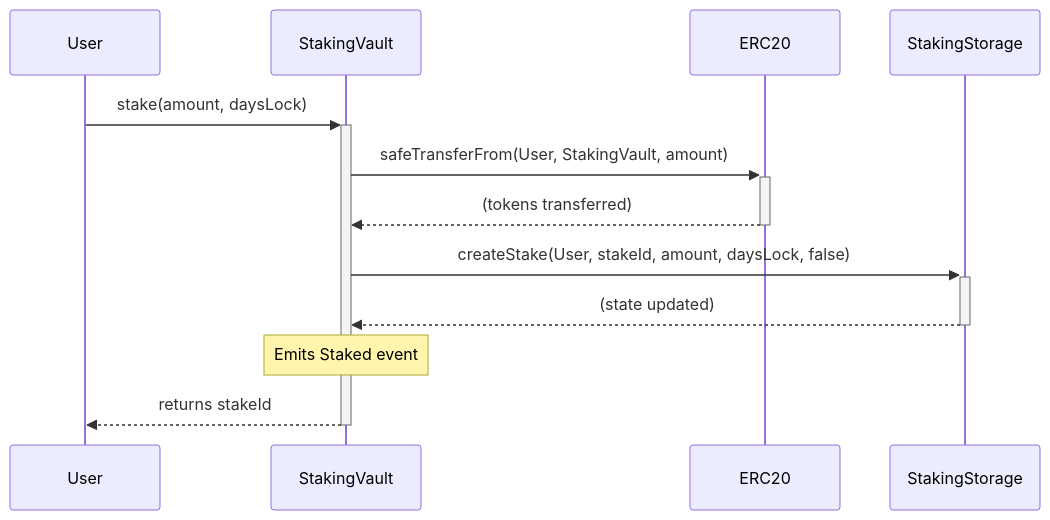
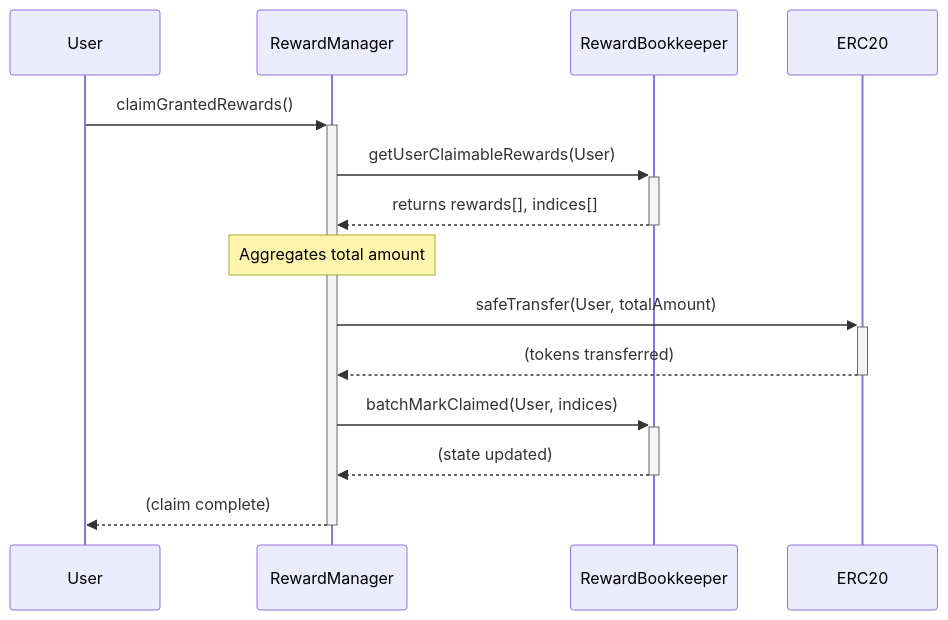
The first of 2 diagrams in docs/architecture_overview.md (Ai-Layer-Labs/think-staking-audit), drawn with Mermaid before and after one commit. The commit also changed other lines of this file and 51 other files, not shown here.

Commit message:
reward system refactoring; minor changes to the staking contracts

````diff
--- a/docs/architecture_overview.md
+++ b/docs/architecture_overview.md
@@ -279,15 +129,17 @@
 ```mermaid
 sequenceDiagram
     participant User
-    participant StakingVault
+    participant RewardManager
+    participant RewardBookkeeper
     participant ERC20
-    participant StakingStorage
 
-    User->>+StakingVault: stake(amount, daysLock)
-    StakingVault->>+ERC20: safeTransferFrom(User, StakingVault, amount)
-    ERC20-->>-StakingVault: (tokens transferred)
-    StakingVault->>+StakingStorage: createStake(User, stakeId, amount, daysLock, false)
-    StakingStorage-->>-StakingVault: (state updated)
-    Note over StakingVault: Emits Staked event
-    StakingVault-->>-User: returns stakeId
+    User->>+RewardManager: claimGrantedRewards()
+    RewardManager->>+RewardBookkeeper: getUserClaimableRewards(User)
+    RewardBookkeeper-->>-RewardManager: returns rewards[], indices[]
+    Note over RewardManager: Aggregates total amount
+    RewardManager->>+ERC20: safeTransfer(User, totalAmount)
+    ERC20-->>-RewardManager: (tokens transferred)
+    RewardManager->>+RewardBookkeeper: batchMarkClaimed(User, indices)
+    RewardBookkeeper-->>-RewardManager: (state updated)
+    RewardManager-->>-User: (claim complete)
 ```
````
